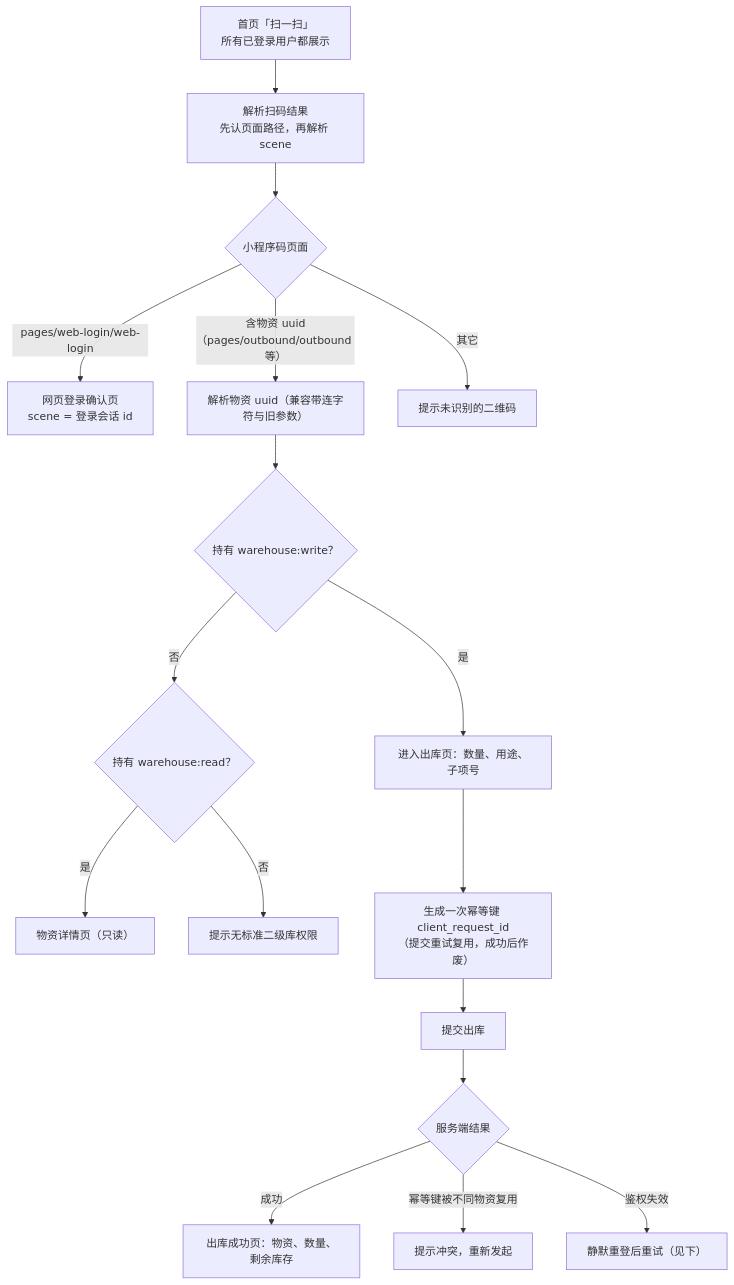
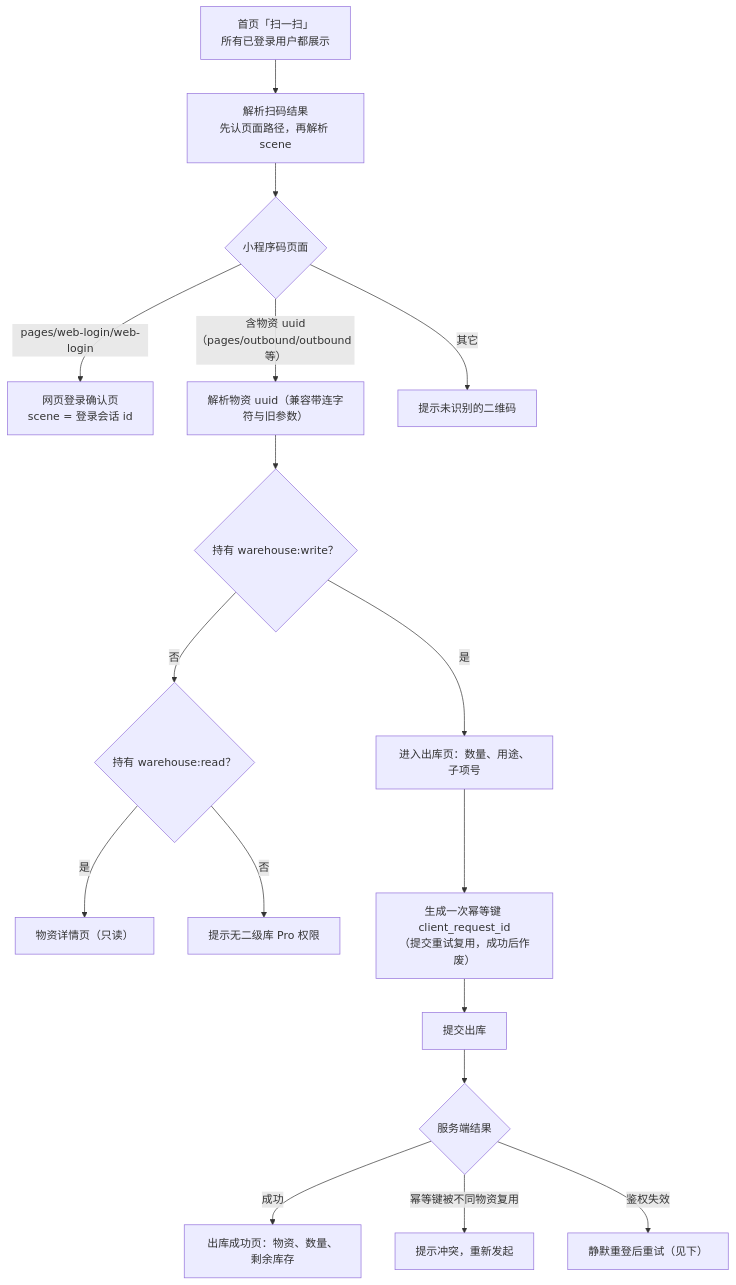
One commit to Sakana-1314/Electrical-Manager changed the seventh of 10 diagrams in docs/websites/pages/dev-architecture.md. Above: the diagram before and after it, drawn with Mermaid. The commit also changed other lines of this file and 47 other files, not shown here.

````diff
--- a/docs/websites/pages/dev-architecture.md
+++ b/docs/websites/pages/dev-architecture.md
@@ -1074,19 +1074,19 @@
 ```mermaid
 flowchart TD
     A["首页「扫一扫」<br/>所有已登录用户都展示"] --> B["解析扫码结果<br/>先认页面路径，再解析 scene"]
     B --> C{"小程序码页面"}
     C -- "pages/web-login/web-login" --> D["网页登录确认页<br/>scene = 登录会话 id"]
     C -- "含物资 uuid（pages/outbound/outbound 等）" --> E["解析物资 uuid（兼容带连字符与旧参数）"]
     C -- "其它" --> K["提示未识别的二维码"]
     E --> F{"持有 warehouse:write？"}
     F -- "是" --> G["进入出库页：数量、用途、子项号"]
     F -- "否" --> H{"持有 warehouse:read？"}
     H -- "是" --> I["物资详情页（只读）"]
-    H -- "否" --> J["提示无标准二级库权限"]
+    H -- "否" --> J["提示无二级库 Pro 权限"]
     G --> L["生成一次幂等键 client_request_id<br/>（提交重试复用，成功后作废）"]
     L --> M["提交出库"]
     M --> N{"服务端结果"}
     N -- "成功" --> O["出库成功页：物资、数量、剩余库存"]
     N -- "幂等键被不同物资复用" --> P["提示冲突，重新发起"]
     N -- "鉴权失效" --> Q["静默重登后重试（见下）"]
 ```
````
